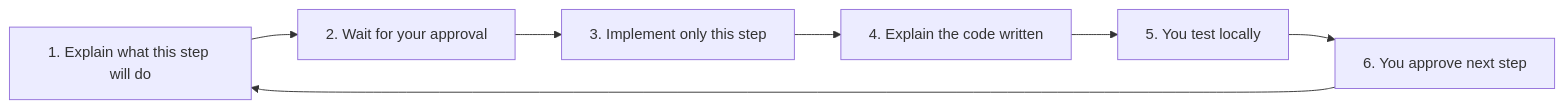
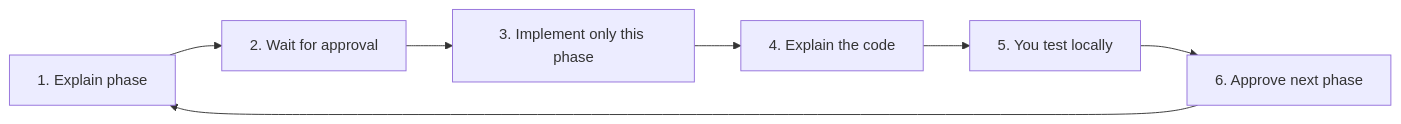
The third of 3 diagrams in docs/ROADMAP.md (mrvlsaf/ditanik), drawn with Mermaid before and after one commit. The commit also changed other lines of this file and 98 other files, not shown here.

First line of the commit message:
Rewrite LPO and fabric for greenfield product flows.

````diff
--- a/docs/ROADMAP.md
+++ b/docs/ROADMAP.md
@@ -363,10 +217,10 @@
 ```mermaid
 flowchart LR
-  Explain[1. Explain what this step will do]
-  Wait[2. Wait for your approval]
-  Build[3. Implement only this step]
-  Teach[4. Explain the code written]
+  Explain[1. Explain phase]
+  Wait[2. Wait for approval]
+  Build[3. Implement only this phase]
+  Teach[4. Explain the code]
   Test[5. You test locally]
-  Next[6. You approve next step]
+  Next[6. Approve next phase]
   Explain --> Wait --> Build --> Teach --> Test --> Next --> Explain
 ```
````
